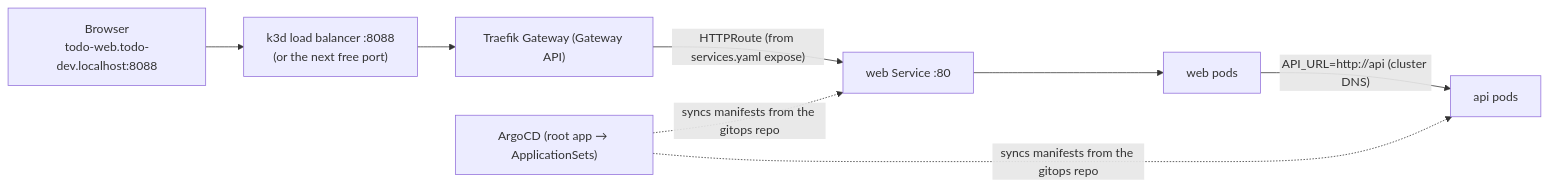
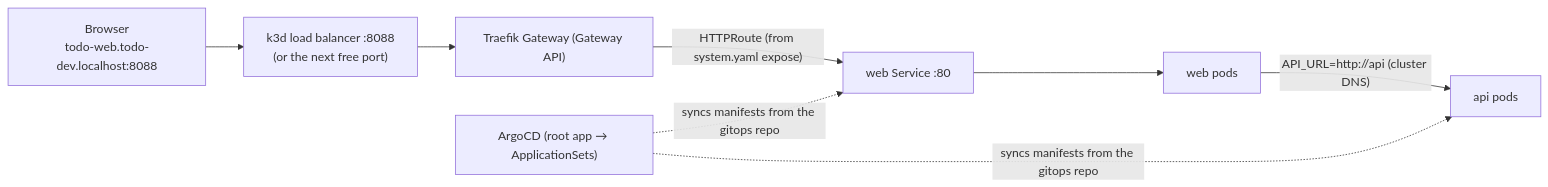
One commit to Aaqibhafeezkhan/sdlc-foundry changed the fourth of 4 diagrams in docs/HOW-IT-WORKS.md. Above: the diagram before and after it, drawn with Mermaid. The commit also changed other lines of this file and 383 other files, not shown here.

````diff
--- a/docs/HOW-IT-WORKS.md
+++ b/docs/HOW-IT-WORKS.md
@@ -101,9 +101,9 @@
 ```mermaid
 flowchart LR
   B["Browser<br/>todo-web.todo-dev.localhost:8088"] --> LB["k3d load balancer :8088<br/>(or the next free port)"]
   LB --> GW["Traefik Gateway (Gateway API)"]
-  GW -- "HTTPRoute (from services.yaml expose)" --> W["web Service :80"]
+  GW -- "HTTPRoute (from system.yaml expose)" --> W["web Service :80"]
   W --> WP["web pods"]
   WP -- "API_URL=http://api (cluster DNS)" --> AP["api pods"]
   AR["ArgoCD (root app → ApplicationSets)"] -. "syncs manifests from the gitops repo" .-> W & AP
 ```
````
